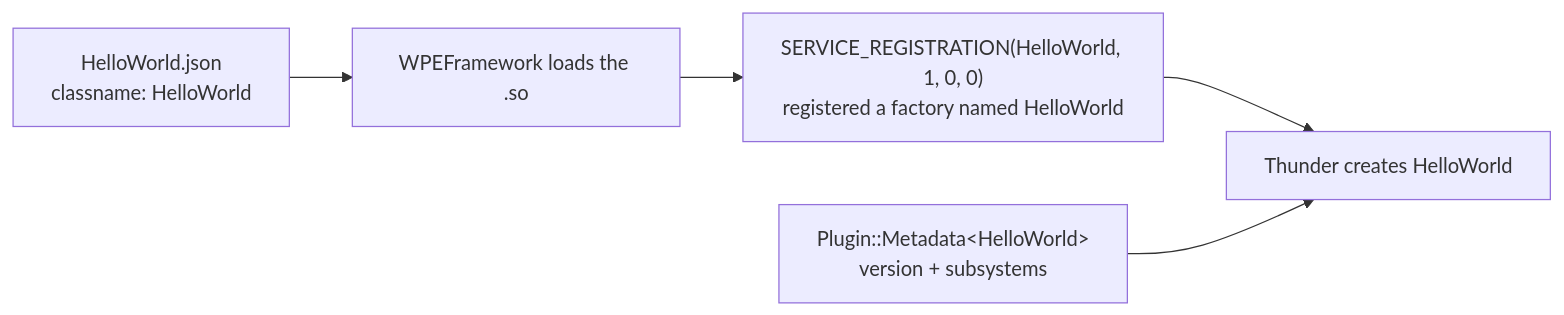
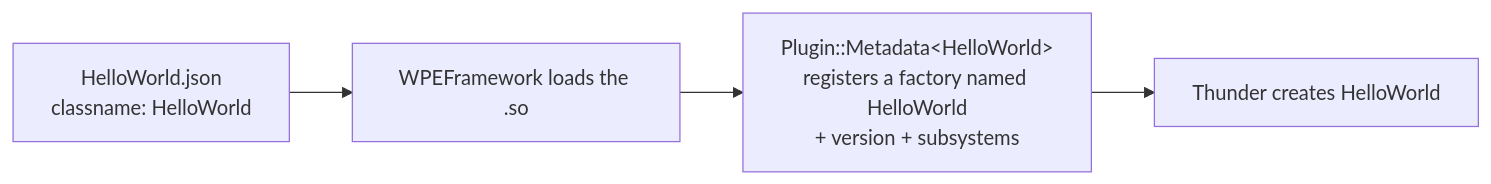
Before and after one commit to Mahmoudaton33/Thunder-Plugin-Implementation: the ninth of 18 diagrams in README.md, drawn with Mermaid. The commit also changed other lines of this file, not shown here.

````diff
--- a/README.md
+++ b/README.md
@@ -571,7 +601,6 @@
 ```mermaid
 flowchart LR
     JSON["HelloWorld.json<br/>classname: HelloWorld"] --> LOAD[WPEFramework loads the .so]
-    LOAD --> REG["SERVICE_REGISTRATION(HelloWorld, 1, 0, 0)<br/>registered a factory named HelloWorld"]
-    REG --> NEW[Thunder creates HelloWorld]
-    META["Plugin::Metadata&lt;HelloWorld&gt;<br/>version + subsystems"] --> NEW
+    LOAD --> META["Plugin::Metadata&lt;HelloWorld&gt;<br/>registers a factory named HelloWorld<br/>+ version + subsystems"]
+    META --> NEW[Thunder creates HelloWorld]
 ```
````
